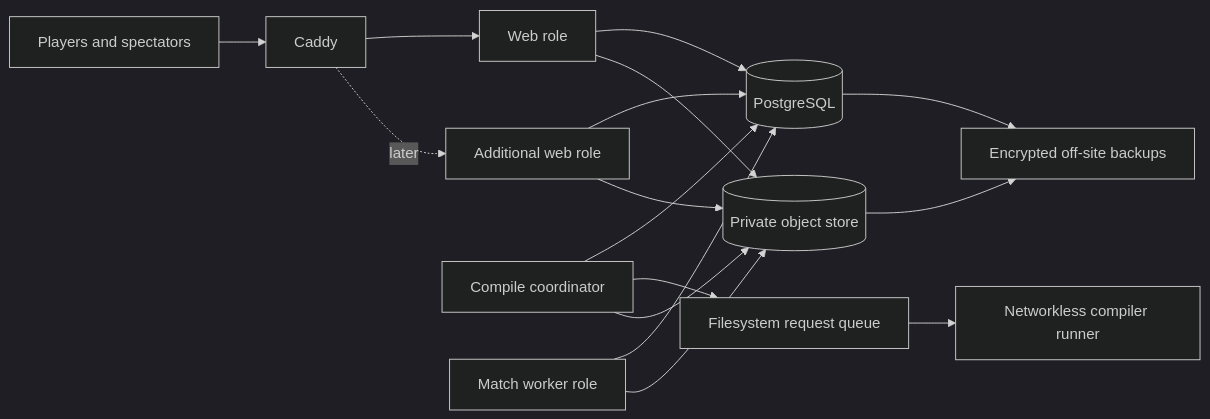
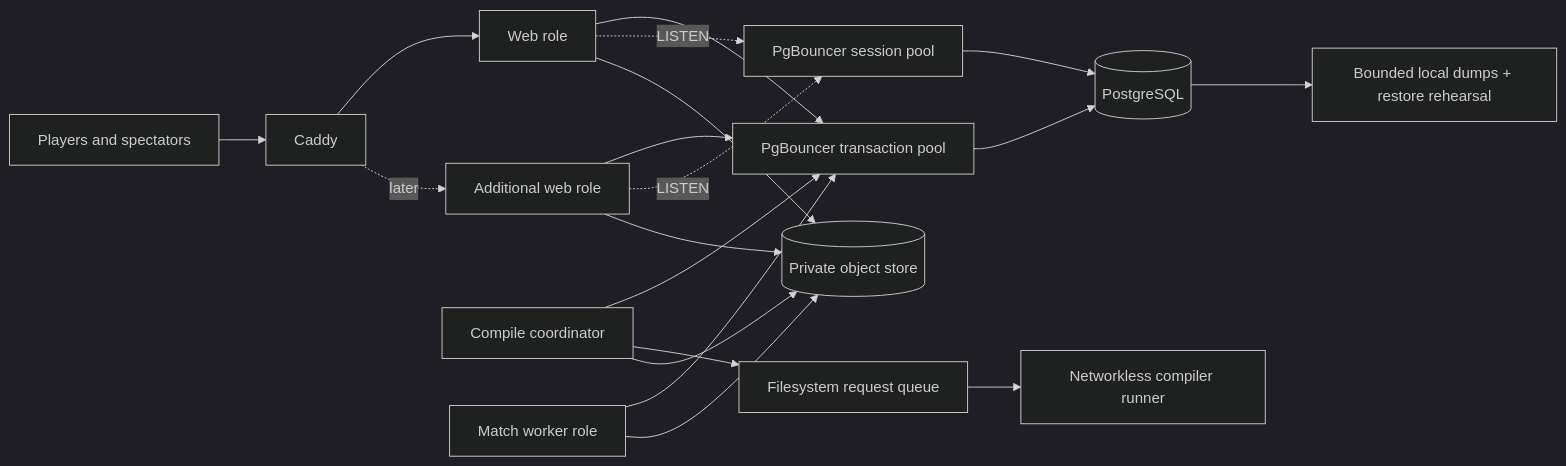
The diagram in docs/DEPLOYMENT-SCALING-PLAN.md (nilbin/nilbots), drawn with Mermaid (dark theme) before and after one commit. The commit also changed other lines of this file and 32 other files, not shown here.

Commit message:
Add PgBouncer and PostgreSQL operations

````diff
--- a/docs/DEPLOYMENT-SCALING-PLAN.md
+++ b/docs/DEPLOYMENT-SCALING-PLAN.md
@@ -54,21 +61,24 @@
 ```mermaid
 flowchart LR
     U[Players and spectators] --> C[Caddy]
     C --> W1[Web role]
     C -. later .-> W2[Additional web role]
 
-    W1 --> P[(PostgreSQL)]
-    W2 --> P
+    W1 --> PT[PgBouncer transaction pool]
+    W2 --> PT
+    W1 -. LISTEN .-> PS[PgBouncer session pool]
+    W2 -. LISTEN .-> PS
 
-    CW[Compile coordinator] --> P
+    CW[Compile coordinator] --> PT
     CW --> Q[Filesystem request queue]
     Q --> CR[Networkless compiler runner]
-    MW[Match worker role] --> P
+    MW[Match worker role] --> PT
+    PT --> P[(PostgreSQL)]
+    PS --> P
     CW --> O[(Private object store)]
     MW --> O
     W1 --> O
     W2 --> O
 
-    P --> B[Encrypted off-site backups]
-    O --> B
+    P --> B[Bounded local dumps + restore rehearsal]
 ```
````
